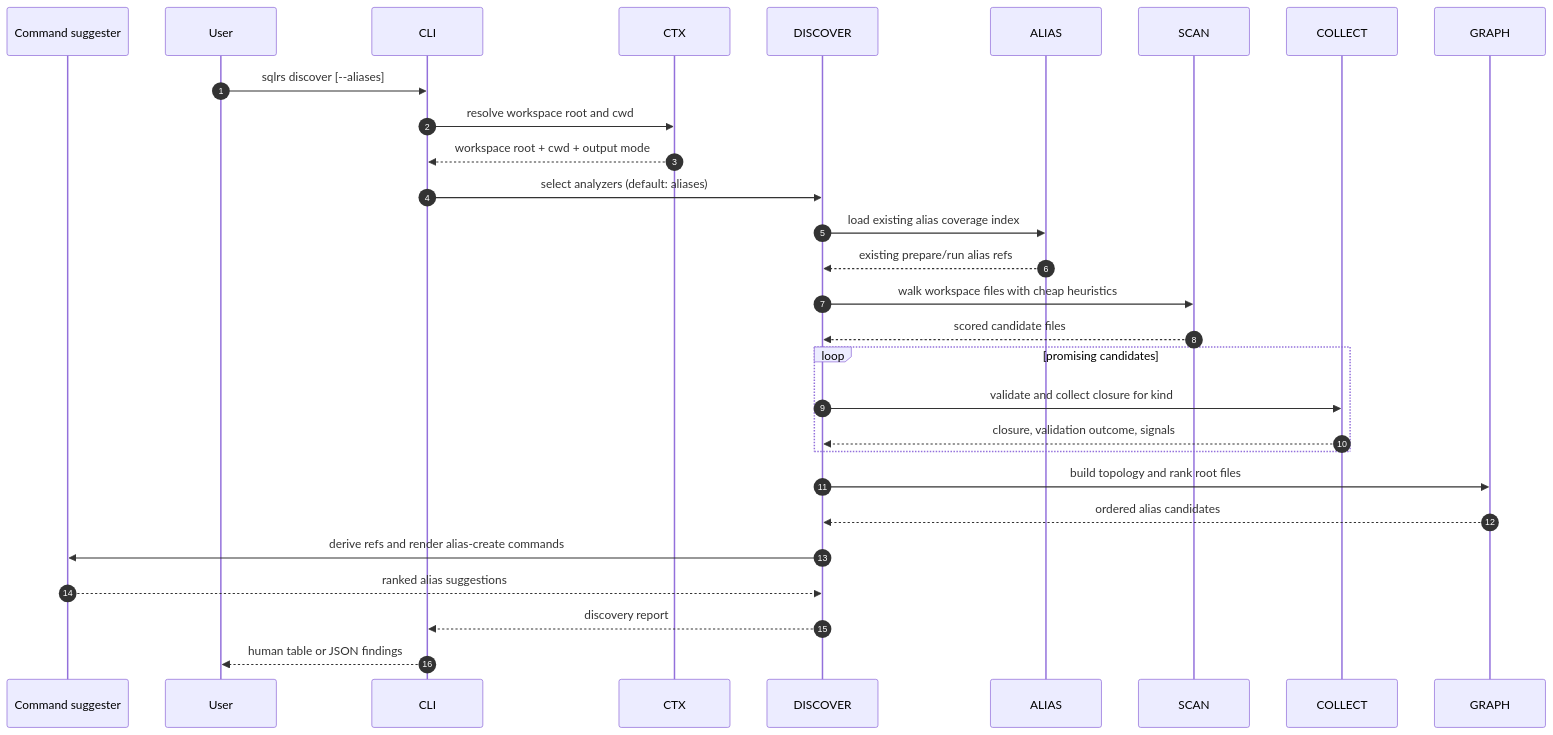
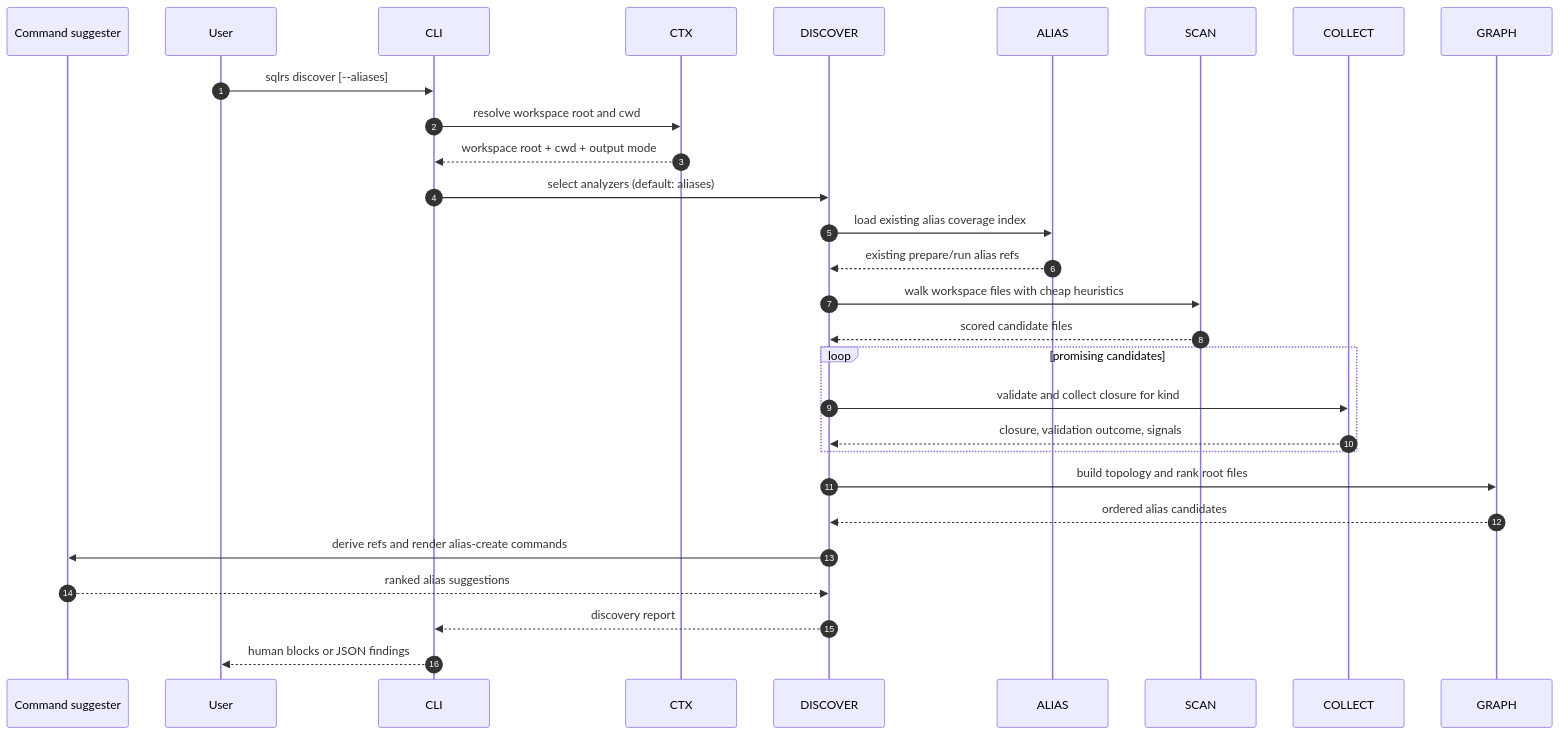
Before and after one commit to kimak-irmagi/taidon: the diagram in docs/architecture/discover-flow.md, drawn with Mermaid. The commit also changed other lines of this file and 25 other files, not shown here.

````diff
--- a/docs/architecture/discover-flow.md
+++ b/docs/architecture/discover-flow.md
@@ -29,23 +30,23 @@
 ```mermaid
 sequenceDiagram
   autonumber
   participant SUGGEST as Command suggester
   User->>CLI: sqlrs discover [--aliases]
   CLI->>CTX: resolve workspace root and cwd
   CTX-->>CLI: workspace root + cwd + output mode
   CLI->>DISCOVER: select analyzers (default: aliases)
   DISCOVER->>ALIAS: load existing alias coverage index
   ALIAS-->>DISCOVER: existing prepare/run alias refs
   DISCOVER->>SCAN: walk workspace files with cheap heuristics
   SCAN-->>DISCOVER: scored candidate files
   loop promising candidates
     DISCOVER->>COLLECT: validate and collect closure for kind
     COLLECT-->>DISCOVER: closure, validation outcome, signals
   end
   DISCOVER->>GRAPH: build topology and rank root files
   GRAPH-->>DISCOVER: ordered alias candidates
   DISCOVER->>SUGGEST: derive refs and render alias-create commands
   SUGGEST-->>DISCOVER: ranked alias suggestions
   DISCOVER-->>CLI: discovery report
-  CLI-->>User: human table or JSON findings
+  CLI-->>User: human blocks or JSON findings
 ```
````
